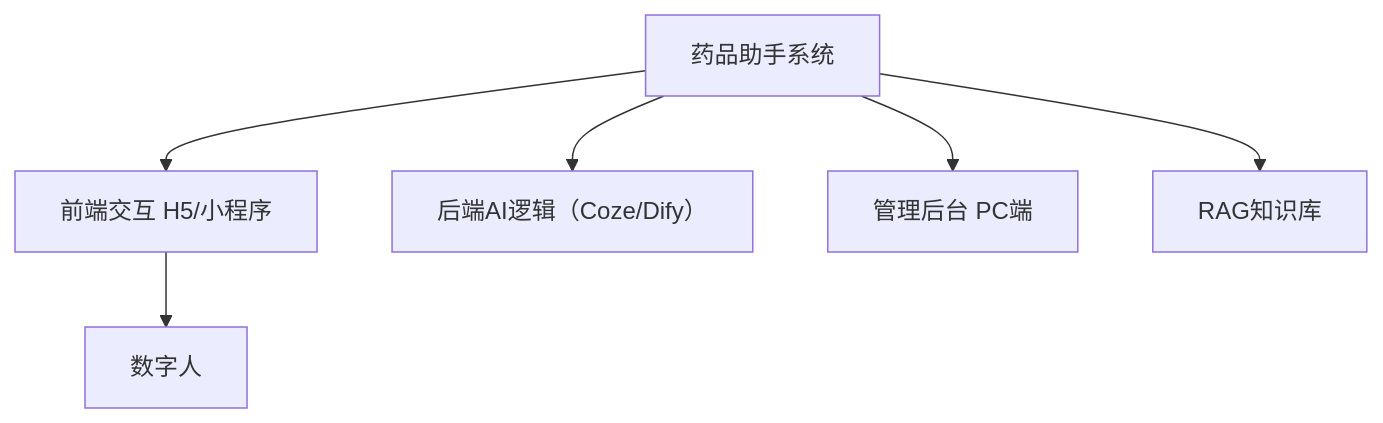
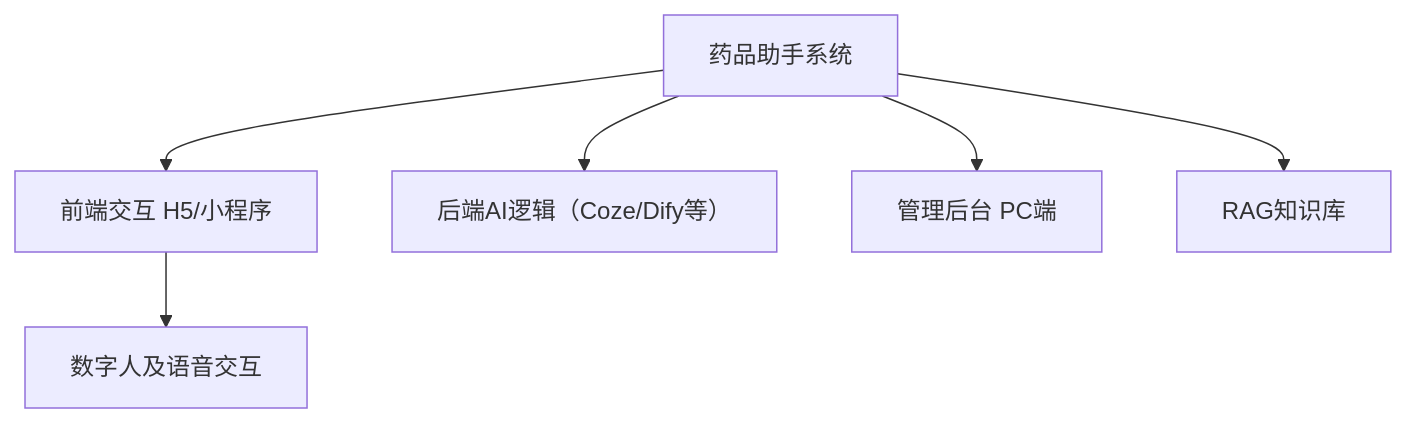
The diagram in all/未命名.md (funnyData/iodraw-files), drawn with Mermaid before and after one commit.

Commit message:
2025-02-21 14:06:58 update

````diff
--- a/all/未命名.md
+++ b/all/未命名.md
@@ -1,7 +1,7 @@
 ```mermaid
 graph TD
-    A[药品助手系统] --> B[前端交互 H5/小程序] --> F[数字人]
-    A --> C[后端AI逻辑（Coze/Dify）]
+    A[药品助手系统] --> B[前端交互 H5/小程序] --> F[数字人及语音交互]
+    A --> C[后端AI逻辑（Coze/Dify等）]
     A --> D[管理后台 PC端]
     A --> E[RAG知识库]
 ```
````
